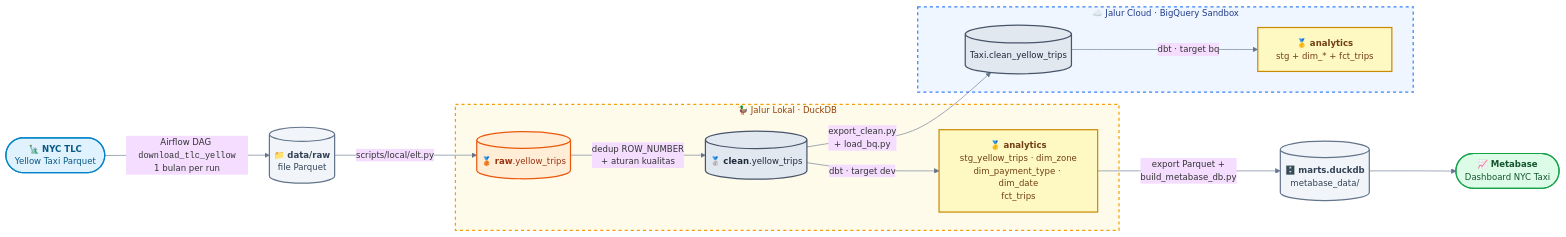
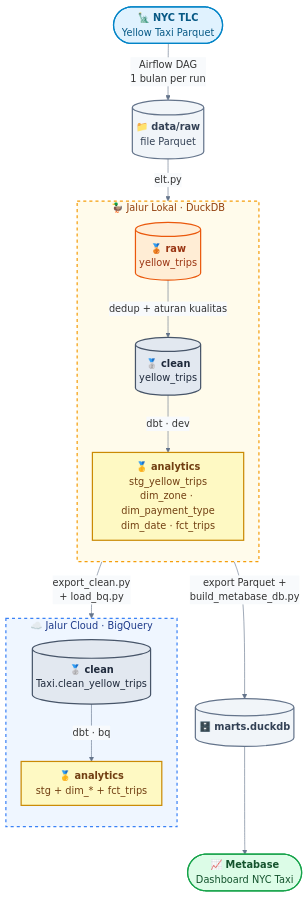
One commit to MacFlurries/elt-nyc-taxi changed the diagram in docs/architecture.md. Above: the diagram before and after it, drawn with Mermaid.

Commit message:
Update architecture diagram with formatting changes

````diff
--- a/docs/architecture.md
+++ b/docs/architecture.md
@@ -3,39 +3,41 @@
 ```mermaid
-%%{init: {"theme":"base","themeVariables":{"fontFamily":"Inter, Segoe UI, sans-serif","fontSize":"14px","lineColor":"#64748b"},"flowchart":{"curve":"basis","nodeSpacing":40,"rankSpacing":70}}}%%
-flowchart LR
+%%{init: {"theme":"base","themeVariables":{"fontFamily":"Inter, Segoe UI, sans-serif","fontSize":"16px","lineColor":"#64748b","textColor":"#1e293b","edgeLabelBackground":"#f8fafc"},"flowchart":{"curve":"basis","nodeSpacing":30,"rankSpacing":45,"padding":12}}}%%
+flowchart TB
     TLC(["🗽 <b>NYC TLC</b><br/>Yellow Taxi Parquet"]):::source
     RAWF[("📁 <b>data/raw</b><br/>file Parquet")]:::storage
 
-    TLC -->|"Airflow DAG <code>download_tlc_yellow</code><br/>1 bulan per run"| RAWF
+    TLC -->|"Airflow DAG<br/>1 bulan per run"| RAWF
 
     subgraph DUCK["🦆 Jalur Lokal · DuckDB"]
-        RAW[("🥉 <b>raw</b>.yellow_trips")]:::raw
-        CLEAN[("🥈 <b>clean</b>.yellow_trips")]:::clean
-        MARTS["🥇 <b>analytics</b><br/>stg_yellow_trips · dim_zone<br/>dim_payment_type · dim_date<br/>fct_trips"]:::mart
-        RAW -->|"dedup ROW_NUMBER<br/>+ aturan kualitas"| CLEAN
-        CLEAN -->|"dbt · target dev"| MARTS
+        direction TB
+        RAW[("🥉 <b>raw</b><br/>yellow_trips")]:::raw
+        CLEAN[("🥈 <b>clean</b><br/>yellow_trips")]:::clean
+        MARTS["🥇 <b>analytics</b><br/>stg_yellow_trips<br/>dim_zone · dim_payment_type<br/>dim_date · fct_trips"]:::mart
+        RAW -->|"dedup + aturan kualitas"| CLEAN
+        CLEAN -->|"dbt · dev"| MARTS
     end
 
-    RAWF -->|"scripts/local/elt.py"| RAW
+    RAWF -->|"elt.py"| RAW
 
-    MARTS -->|"export Parquet +<br/>build_metabase_db.py"| MBDB[("🗄️ <b>marts.duckdb</b><br/>metabase_data/")]:::storage
+    MARTS -->|"export Parquet +<br/>build_metabase_db.py"| MBDB[("🗄️ <b>marts.duckdb</b>")]:::storage
     MBDB --> MB(["📈 <b>Metabase</b><br/>Dashboard NYC Taxi"]):::bi
 
-    subgraph BQ["☁️ Jalur Cloud · BigQuery Sandbox"]
-        BQC[("Taxi.clean_yellow_trips")]:::clean
+    subgraph BQ["☁️ Jalur Cloud · BigQuery"]
+        direction TB
+        BQC[("🥈 <b>clean</b><br/>Taxi.clean_yellow_trips")]:::clean
         BQM["🥇 <b>analytics</b><br/>stg + dim_* + fct_trips"]:::mart
-        BQC -->|"dbt · target bq"| BQM
+        BQC -->|"dbt · bq"| BQM
     end
 
     CLEAN -->|"export_clean.py<br/>+ load_bq.py"| BQC
 
     classDef source  fill:#e0f2fe,stroke:#0284c7,stroke-width:2px,color:#075985
     classDef storage fill:#f1f5f9,stroke:#64748b,stroke-width:2px,color:#334155
     classDef raw     fill:#ffedd5,stroke:#ea580c,stroke-width:2px,color:#9a3412
     classDef clean   fill:#e2e8f0,stroke:#475569,stroke-width:2px,color:#1e293b
     classDef mart    fill:#fef9c3,stroke:#ca8a04,stroke-width:2px,color:#713f12
     classDef bi      fill:#dcfce7,stroke:#16a34a,stroke-width:2px,color:#14532d
 
     style DUCK fill:#fffbeb,stroke:#f59e0b,stroke-width:2px,stroke-dasharray:5 5,color:#92400e
     style BQ   fill:#eff6ff,stroke:#3b82f6,stroke-width:2px,stroke-dasharray:5 5,color:#1e3a8a
 ```
````
